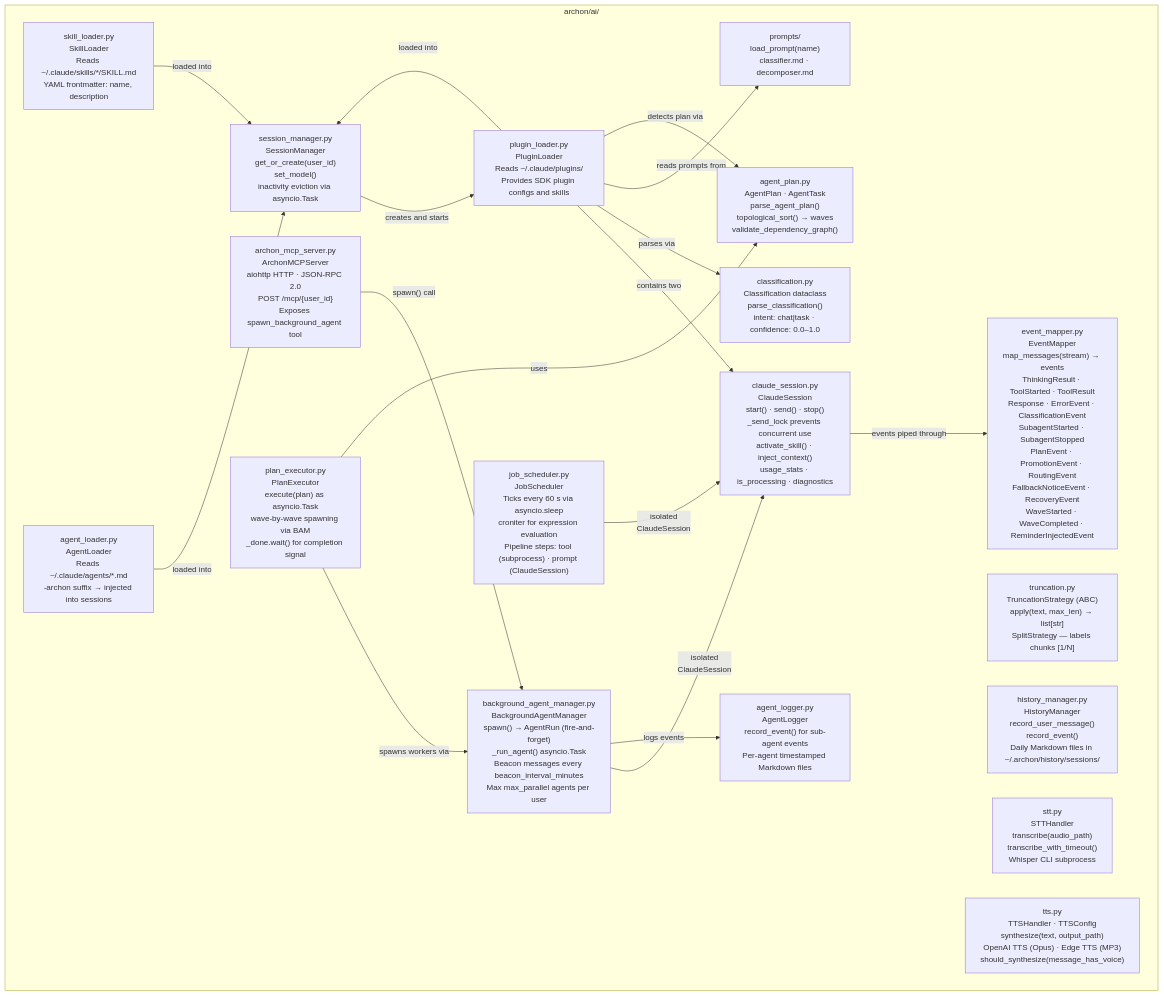
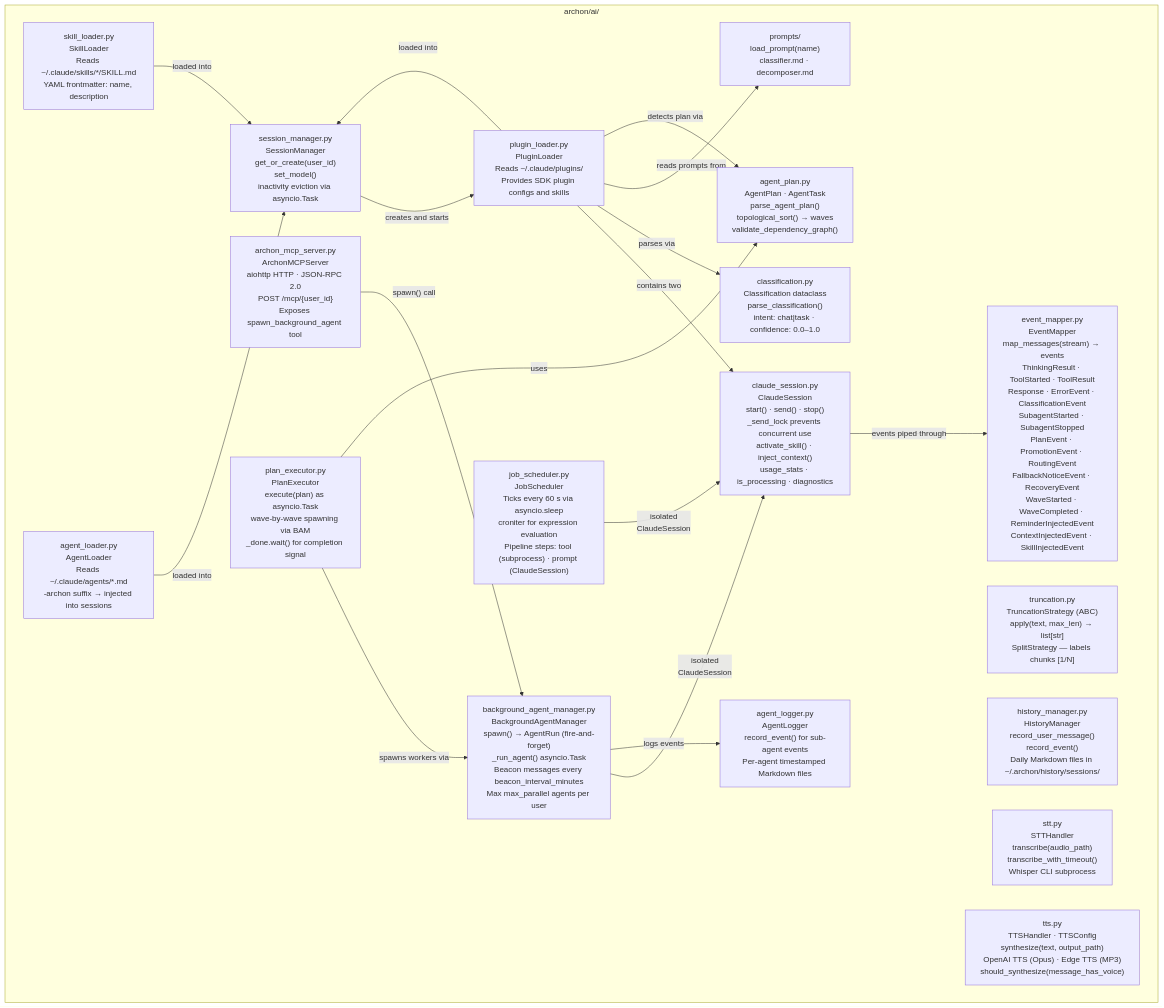
The fourth of 6 diagrams in Documentation/Architecture/100_system_architecture_overview.md (user538295/archon-assistant), drawn with Mermaid before and after one commit. The commit also changed other lines of this file and 4 other files, not shown here.

````diff
--- a/Documentation/Architecture/100_system_architecture_overview.md
+++ b/Documentation/Architecture/100_system_architecture_overview.md
@@ -165,40 +165,40 @@
 ```mermaid
 graph TB
     subgraph ai["archon/ai/"]
         sm["session_manager.py<br/>SessionManager<br/>get_or_create(user_id)<br/>set_model()<br/>inactivity eviction via asyncio.Task"]
         pl["pipeline.py<br/>Pipeline<br/>Classifier (Haiku) → Decomposer (user model)<br/>Duck-types as ClaudeSession<br/>Graceful degradation on Classifier failure"]
         cs["claude_session.py<br/>ClaudeSession<br/>start() · send() · stop()<br/>_send_lock prevents concurrent use<br/>activate_skill() · inject_context()<br/>usage_stats · is_processing · diagnostics"]
         cls["classification.py<br/>Classification dataclass<br/>parse_classification()<br/>intent: chat|task · confidence: 0.0–1.0"]
         prompts["prompts/<br/>load_prompt(name)<br/>classifier.md · decomposer.md"]
-        em["event_mapper.py<br/>EventMapper<br/>map_messages(stream) → events<br/>ThinkingResult · ToolStarted · ToolResult<br/>Response · ErrorEvent · ClassificationEvent<br/>SubagentStarted · SubagentStopped<br/>PlanEvent · PromotionEvent · RoutingEvent<br/>FallbackNoticeEvent · RecoveryEvent<br/>WaveStarted · WaveCompleted · ReminderInjectedEvent"]
+        em["event_mapper.py<br/>EventMapper<br/>map_messages(stream) → events<br/>ThinkingResult · ToolStarted · ToolResult<br/>Response · ErrorEvent · ClassificationEvent<br/>SubagentStarted · SubagentStopped<br/>PlanEvent · PromotionEvent · RoutingEvent<br/>FallbackNoticeEvent · RecoveryEvent<br/>WaveStarted · WaveCompleted · ReminderInjectedEvent<br/>ContextInjectedEvent · SkillInjectedEvent"]
         trunc["truncation.py<br/>TruncationStrategy (ABC)<br/>apply(text, max_len) → list[str]<br/>SplitStrategy — labels chunks [1/N]"]
         sl["skill_loader.py<br/>SkillLoader<br/>Reads ~/.claude/skills/*/SKILL.md<br/>YAML frontmatter: name, description"]
         pl["plugin_loader.py<br/>PluginLoader<br/>Reads ~/.claude/plugins/<br/>Provides SDK plugin configs and skills"]
         ald["agent_loader.py<br/>AgentLoader<br/>Reads ~/.claude/agents/*.md<br/>-archon suffix → injected into sessions"]
         hm["history_manager.py<br/>HistoryManager<br/>record_user_message()<br/>record_event()<br/>Daily Markdown files in ~/.archon/history/sessions/"]
         agl["agent_logger.py<br/>AgentLogger<br/>record_event() for sub-agent events<br/>Per-agent timestamped Markdown files"]
         bam["background_agent_manager.py<br/>BackgroundAgentManager<br/>spawn() → AgentRun (fire-and-forget)<br/>_run_agent() asyncio.Task<br/>Beacon messages every beacon_interval_minutes<br/>Max max_parallel agents per user"]
         mcp["archon_mcp_server.py<br/>ArchonMCPServer<br/>aiohttp HTTP · JSON-RPC 2.0<br/>POST /mcp/{user_id}<br/>Exposes spawn_background_agent tool"]
         sched2["job_scheduler.py<br/>JobScheduler<br/>Ticks every 60 s via asyncio.sleep<br/>croniter for expression evaluation<br/>Pipeline steps: tool (subprocess) · prompt (ClaudeSession)"]
         ap["agent_plan.py<br/>AgentPlan · AgentTask<br/>parse_agent_plan()<br/>topological_sort() → waves<br/>validate_dependency_graph()"]
         pe["plan_executor.py<br/>PlanExecutor<br/>execute(plan) as asyncio.Task<br/>wave-by-wave spawning via BAM<br/>_done.wait() for completion signal"]
         stt["stt.py<br/>STTHandler<br/>transcribe(audio_path)<br/>transcribe_with_timeout()<br/>Whisper CLI subprocess"]
         tts["tts.py<br/>TTSHandler · TTSConfig<br/>synthesize(text, output_path)<br/>OpenAI TTS (Opus) · Edge TTS (MP3)<br/>should_synthesize(message_has_voice)"]
     end
 
     sm -->|"creates and starts"| pl
     pl -->|"contains two"| cs
     pl -->|"parses via"| cls
     pl -->|"reads prompts from"| prompts
     pl -->|"detects plan via"| ap
     cs -->|"events piped through"| em
     sl -->|"loaded into"| sm
     pl -->|"loaded into"| sm
     ald -->|"loaded into"| sm
     mcp -->|"spawn() call"| bam
     bam -->|"isolated<br/>ClaudeSession"| cs
     bam -->|"logs events"| agl
     sched2 -->|"isolated<br/>ClaudeSession"| cs
     pe -->|"spawns workers via"| bam
     pe -->|"uses"| ap
 ```
````
